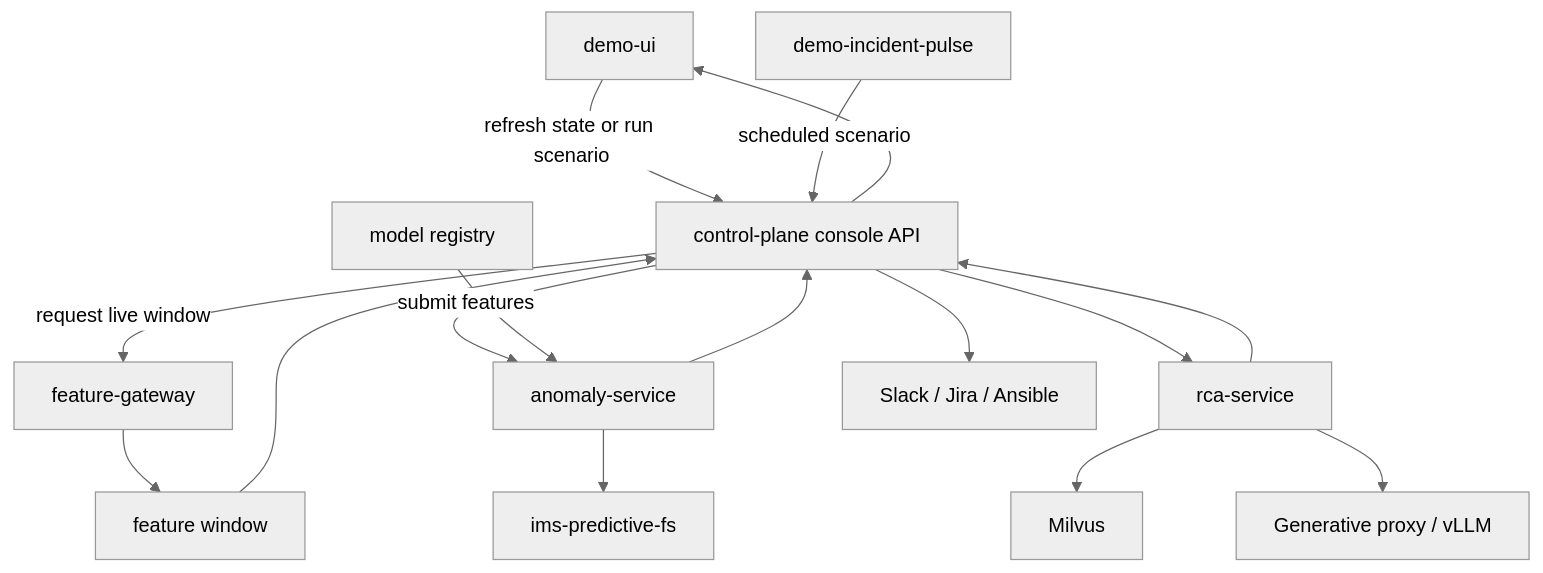
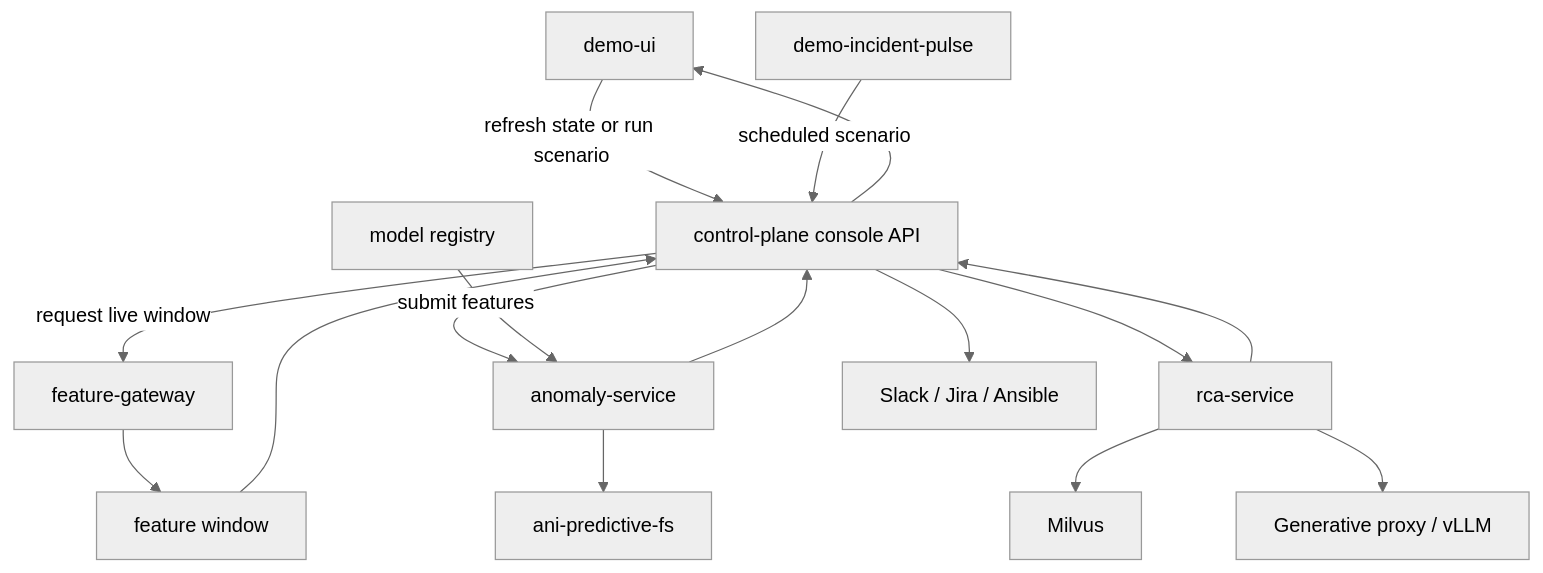
One commit to rh-telco-tigers/Autonomous-Network-Intelligence-Anomaly-Detection-with-Red-Hat-OpenShift-AI changed the fourth of 6 diagrams in docs/architecture/engineering-spec.md. Above: the diagram before and after it, drawn with Mermaid (neutral theme). The commit also changed other lines of this file and 211 other files, not shown here.

First line of the commit message:
Rename platform prefixes from IMS to ANI.

````diff
--- a/docs/architecture/engineering-spec.md
+++ b/docs/architecture/engineering-spec.md
@@ -199,31 +199,31 @@
 ```mermaid
 flowchart TD
   UI["demo-ui"]
   Pulse["demo-incident-pulse"]
   CP["control-plane console API"]
   FG["feature-gateway"]
   Window["feature window"]
   AN["anomaly-service"]
   Registry["model registry"]
-  KServe["ims-predictive-fs"]
+  KServe["ani-predictive-fs"]
   RCA["rca-service"]
   Milvus["Milvus"]
   LLM["Generative proxy / vLLM"]
   Actions["Slack / Jira / Ansible"]
 
   UI -->|refresh state or run scenario| CP
   Pulse -->|scheduled scenario| CP
   CP -->|request live window| FG
   FG --> Window
   Window --> CP
   CP -->|submit features| AN
   Registry --> AN
   AN --> KServe
   AN --> CP
   CP --> RCA
   RCA --> Milvus
   RCA --> LLM
   RCA --> CP
   CP --> UI
   CP --> Actions
 ```
````
